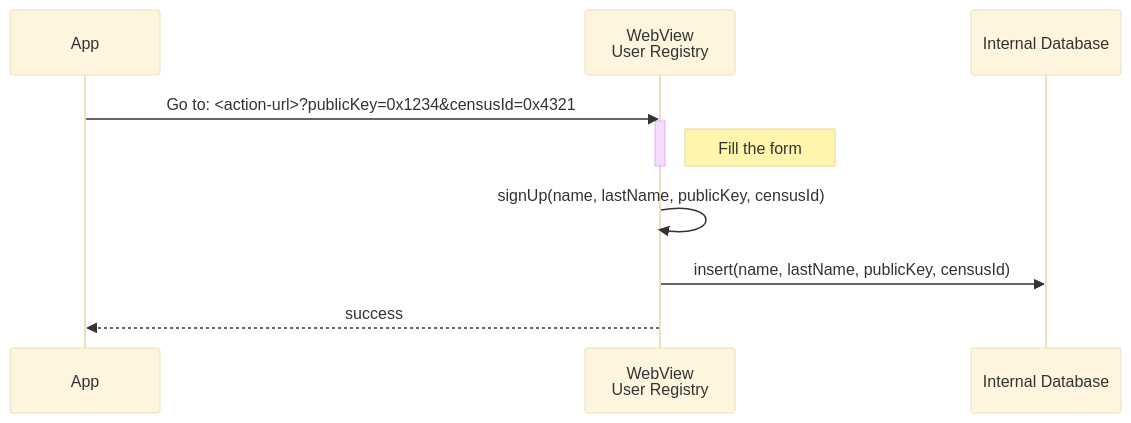
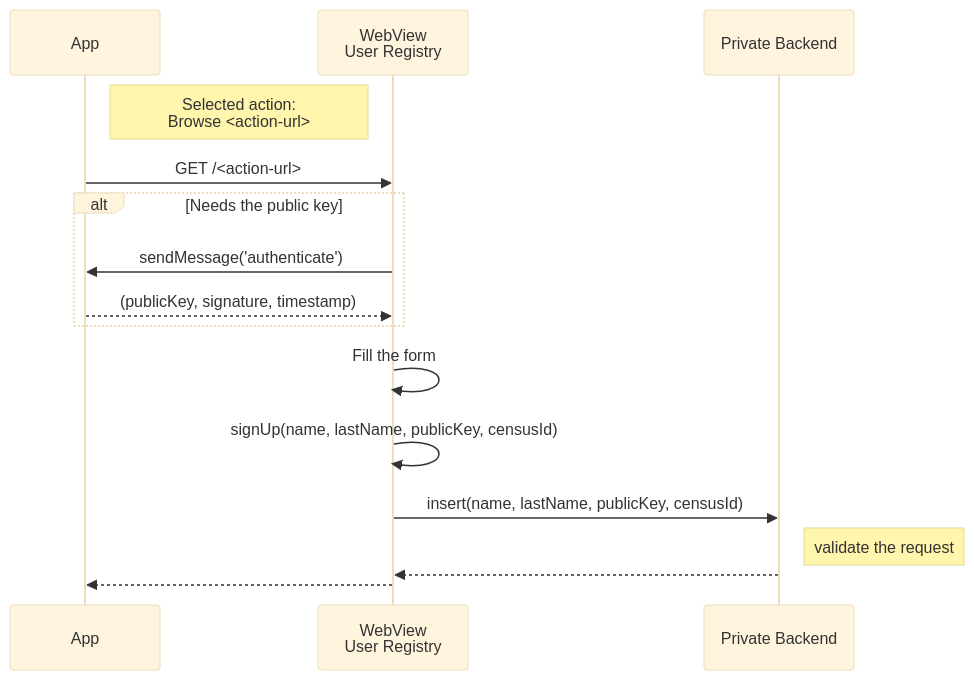
One commit to vocdoni/docs changed the fourth of 15 diagrams in docs/architecture/sequence-diagrams.md. Above: the diagram before and after it, drawn with Mermaid (base theme). The commit also changed other lines of this file, not shown here.

Commit message:
Sequence diagram

````diff
--- a/docs/architecture/sequence-diagrams.md
+++ b/docs/architecture/sequence-diagrams.md
@@ -194,16 +186,23 @@
 ```mermaid
 sequenceDiagram
     participant App
     participant UR as WebView<br/>User Registry
-    participant DB as Internal Database
+    participant BK as Private Backend
 
-    App->>UR: Go to: #60;action-url#62;?publicKey=0x1234&censusId=0x4321
-        activate UR
-            Note right of UR: Fill the form
-        deactivate UR
+    Note right of App: Selected action:<br/>Browse #60;action-url#62;
+
+    App->>UR: GET /#60;action-url#62;
+        alt Needs the public key
+            UR->>App: sendMessage('authenticate')
+            App-->>UR: (publicKey, signature, timestamp)
+
+        end
+        UR->>UR: Fill the form
 
         UR->>UR: signUp(name, lastName, publicKey, censusId)
 
-        UR->>DB: insert(name, lastName, publicKey, censusId)
-    UR-->>App: success
+        UR->>BK: insert(name, lastName, publicKey, censusId)
+            Note right of BK: validate the request
+        BK-->>UR: 
+    UR-->>App: 
 ```
````
